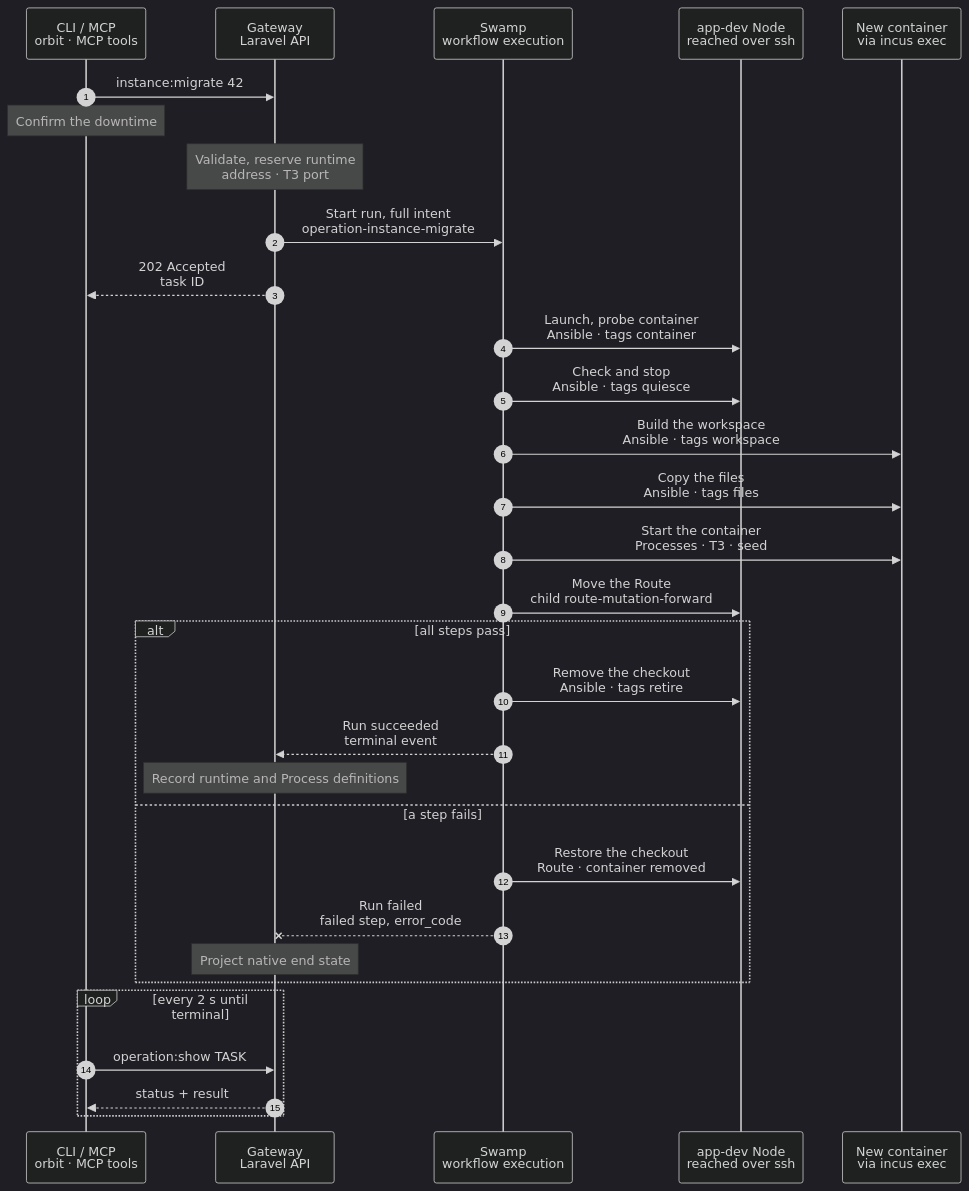
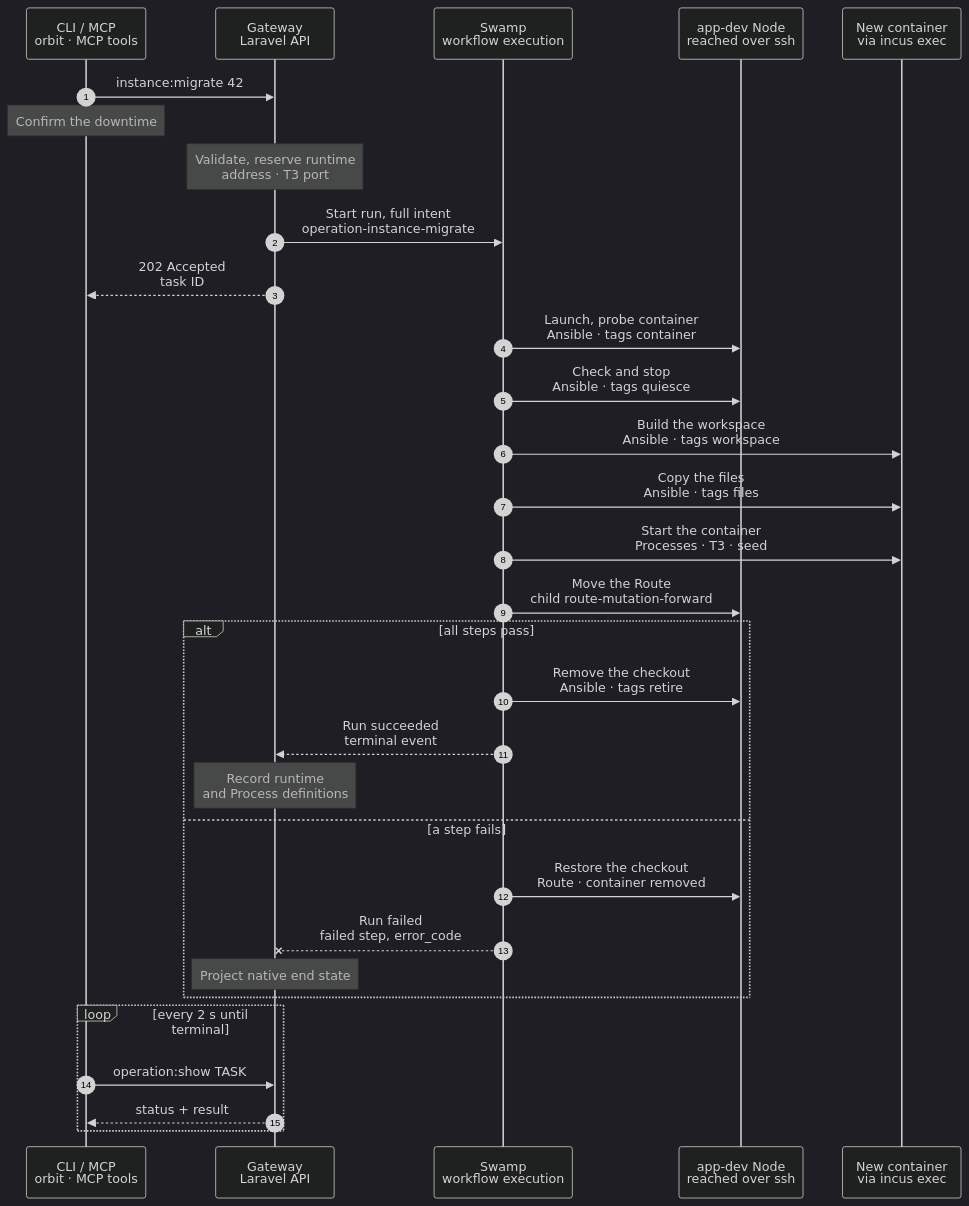
The diagram in docs/cli/instance/migrate.mmd (hardimpactdev/orbit), drawn with Mermaid (dark theme) before and after one commit. The commit also changed 14 other files, not shown here.

Commit message:
feat: capture migrated development Process definitions

```diff
--- a/docs/cli/instance/migrate.mmd
+++ b/docs/cli/instance/migrate.mmd
@@ -1,125 +1,125 @@
 sequenceDiagram
   %% Container runtime (ADR 0250 step 8, docs/reference/development-containers.md#migrate-a-checkout-instance): one checkout Instance moves into a container, with its code. Its database stays where it is, and the container gets its own way to it. A default Instance moves before the other Instances of its Project, and keeps its checkout until its last worktree has moved. The command exists only until the last checkout Instance has moved (docs/reference/old-paths.md). The container steps are the phases of docs/cli/instance/container/create-default.mmd and create.mmd.
   %% status: draft
   %% command: instance:migrate
   %% kind: instance.migrate
   autonumber
   %% lane CLI icon=terminal pill=caller tone=gray
   %% lane GW icon=gateway pill=intent tone=blue
   %% lane SW icon=workflow pill=executes tone=green
   %% lane N icon=server pill=target tone=amber
   %% lane C icon=server pill=target tone=purple
   participant CLI as CLI / MCP<br/>orbit · MCP tools
   participant GW as Gateway<br/>Laravel API
   participant SW as Swamp<br/>workflow execution
   participant N as app-dev Node<br/>reached over ssh
   participant C as New container<br/>via incus exec
   CLI->>GW: instance:migrate 42
   %%> Command:
   %%> - `orbit instance:migrate INSTANCE`
   %%> - syntax: `<instance> [--force] [--idempotency-key=KEY] [--json]`
   Note over CLI: Confirm the downtime
   %%> What it asks:
   %%> - the Instance goes down during the move, and its old checkout moves to retention after it; `--force` answers yes
   Note over GW: Validate, reserve runtime<br/>address · T3 port
   %%> If it never starts:
   %%> - cancellation or admission expiry frees the new reservation and releases deferred Schedule fires under the Instance lock; an uncertain start keeps its reservation
   %%> Requirements:
   %%> - the Instance is an active checkout Instance on an `app-dev` Node of the build list, else `instance.migrate_unsupported`
   %%> - a non-default Instance needs its Project's default Instance in a container first, else `instance.default_not_migrated`
   %%> - the Instance has only ordinary systemd or supported `vp-dev` Processes, no unfinished deployment or Process operation/runtime cleanup and no Route beside its own; a non-default Instance needs Conn and the model router, as a clone does
   %%> - `vp-dev` keeps its identity, assigned port and desired state; unsupported preset versions, custom commands, external paths and recorded container port conflicts refuse before downtime, naming the Process and reason
   %%> - a web-serving Project names its PHP version; a missing version refuses with `project.source_defaults_incomplete`, naming `orbit project:update PROJECT --source-access=github_app` to record it from source
   %%> - a database on a Database server has an IPv4 address and a port, else `instance.database_clone_unsupported`
   %%> Result:
   %%> - the runtime reservation records its owning Operation; late receipts cannot change a newer owner
   %%> - the whole-run budget is 5,100 seconds; a lower-bound test includes declared child, restoration and cleanup timeouts
   %%> - maps only known host command locations, preserving opaque env/shell strings, and records each Process/from/to translation in the terminal receipt
   %%> - the runtime record is reserved: the next bridge address and, for a non-default Instance, the lowest free T3 port
   %%> - the checkout stays the Instance's runtime until the Route has moved; the Route's Node is held for the run
   %%> - the Instance takes no deployment and no wake while the run lasts
   %%> - a non-default Instance's placeholder model key goes to the vault
   GW->>SW: Start run, full intent<br/>operation-instance-migrate
   GW-->>CLI: 202 Accepted<br/>task ID
   SW->>N: Launch, probe container<br/>Ansible · tags container
   %%> What it does:
   %%> - before any Node change, checks the recorded branch and every planned retirement; a refusal leaves prior resources untouched
   %%> - checks checkout symlinks and dependency package links before creating the container, skipping `.git` and installed package contents; broken links or targets outside the checkout refuse with `instance.migrate_symlink_unsupported`, naming every path and target
   %%> - retirement preflight refuses unpushed local branches or detached HEAD and stashes, with their existing named errors; it reads local refs only
   %%> - checks service hosts in the checkout and nested app `.env` files before any probe or Node change; direct services require an exact endpoint from the shared container access plan; unsupported endpoints refuse with `instance.migrate_env_service_unreachable`, naming the file, key and host:port without credentials; unreadable syntax names only the file and line, and traversal/read failures name only the path
   %%> - deletes a container that an earlier failed move left, then creates and starts the new container through the shared container phase; discard leaves shared bridge endpoint rules for host reconciliation
   %%> - each attached target gets an exact TCP allow in both the bridge and NIC ACLs; both keep default reject. Endpoint adds reread on ETag conflict, at most five attempts with a one-second delay
   %%> - probes every attached target from inside the container before downtime, else `instance.database_unreachable`
   %%> - checks mapped Process executables inside the container, then repeats before quiesce; unavailable paths report `instance.migrate_process_binary_unavailable` naming every Process and path, leaving the checkout serving
   %%> - fetches the branch from the checkout into the Node's mirror, including commits never pushed
   SW->>N: Check and stop<br/>Ansible · tags quiesce
   %%> What it does:
   %%> - repeats the branch and retirement checks
   %%> - checks every registered Node-timer Schedule and captures timer activation before stopping any writer; unsupported Schedules refuse with their name and reason
   %%> - repeats source symlink and environment checks before stopping any writer
   %%> - stops and disables host Schedule timers and Process units, then removes the awake marker
   %%> - records that quiesce began, so a failure before it never restarts host units or rewrites the awake marker
   SW->>C: Build the workspace<br/>Ansible · tags workspace
   %%> What it does:
   %%> - pushes the branch in as a bundle and checks it out in a standalone repository in `/srv/workspace`
   %%> - a non-default checkout is a linked worktree, so its `.git` is never copied
   SW->>C: Copy the files<br/>Ansible · tags files
   %%> What it does:
   %%> - copies every file that differs from the commit, every untracked file and every ignored file, `.env` among them
   %%> - removes the tracked files that the checkout deleted, and rewrites the checkout's path in `.env` to `/srv/workspace`
   %%> - checks the exact copied tree inside the container, maps old-checkout targets into the workspace and rewrites absolute internal links there; broken or external links fail with the same code before any Process starts, relative links keep their targets, and source links never change
   %%> - a non-default Instance gets the proxy device that publishes its T3 port
   SW->>C: Start the container<br/>Processes · T3 · seed
   %%> - container units use `network.target` and nonblocking starts; reads all moved desired-running Processes active with no pending job, waits 5 seconds once for the whole set, then requires each still active with the same positive MainPID and NRestarts; failure names the Process with `instance.migrate_processes_failed` and restores before cutover
   %%> What it does:
   %%> - starts FrankenPHP and the Instance's existing Processes as `orbit`, with the same ids and desired states; their environment files come through the vault
   %%> - writes the shared FrankenPHP Caddyfile and unit; only the Node's bridge peer with `X-Forwarded-Proto: https` sets PHP's HTTPS scheme, port and resolved client IP; other requests keep native values
   %%> - `vp-dev` uses the runtime folder’s `current/bin/vp`, workspace paths and its assigned port on `0.0.0.0`; only the Node can reach that port, and Caddy sends `/__orbit/vite` there
   %%> - a non-default Instance gets `/etc/orbit/instance`, the agent settings and its T3 server, registered as in create
   %%> - a default Instance gets its first `seed-<commit>` snapshot
   SW->>N: Move the Route<br/>child route-mutation-forward
   %%> What it does:
   %%> - points the Instance's Route at FrankenPHP in the container, and withdraws the checkout's PHP-FPM pool
   alt all steps pass
     SW->>N: Remove the checkout<br/>Ansible · tags retire
     %%> What it does:
     %%> - a due timer fire waits as a recorded Schedule Operation until migration terminal projection reopens admission; its context is rebuilt for the final runtime, on success or rollback
     %%> - every terminal transition settles deferred fires under the Instance lock; closed runtime admission explicitly fails them, including bound start failure and expiry; Schedule settlement preserves the migration result and late native recovery cannot replay a settled fire
     %%> - replaces only the moved Schedules’ checkout-dependent services with host triggers for container execution, keeps their UUID timers and calendars, and resumes each recorded desired state
     %%> - removes the old host Process units and their environment folders
     %%> - repeats the same retirement preflight as an early warning; a new blocker leaves the container serving and the checkout intact
     %%> - atomically moves each old checkout under `<checkout>.orbit-retired-git/<sha256 of original path>`; the retained root is beside the migrating Instance's checkout
     %%> - keeps the whole tree, including Git objects, refs, reflogs, `.git/modules` and nested repositories; a late worktree cannot lose its Git metadata to retirement
     %%> - records `retained_git_path` and `retained_git_at` on the Instance; `instance:show` and the Instance API expose them
     %%> - writes the awake marker; a default's checkout stays until its last worktree has moved; retirement never deletes or prunes Git metadata
     %%> If it fails:
     %%> - the container stays the Instance; the run fails with `instance.migrate_retire_failed`, and the source or retained checkout stays on the Node
     SW-->>GW: Run succeeded<br/>terminal event
-    Note over GW: Record runtime and Process definitions
+    Note over GW: Record runtime<br/>and Process definitions
     %%> Result:
     %%> - the Instance's workspace is the container's; the runtime runs, a default's row holds its seed commit
-    %%> - the same transaction captures each direct moved Process as a Project development definition and links its existing row; commands use runtime names, and a same-name incompatible definition refuses instead of overwriting
+    %%> - the same transaction captures each direct moved Process as a Project development definition and links its existing row; known commands use runtime names, opaque guest argv stays exact, and a changed same-name incompatible definition refuses instead of overwriting
     %%> - proven cutover captures definitions even if retirement failed; preflight failures and restored checkout outcomes capture nothing
     %%> - a SQLite file moved with the files, so its connection record goes; stored `.env` values follow the new path
     %%> - the Conn layer records a non-default Instance's T3 server from the result
   else a step fails
     SW->>N: Restore the checkout<br/>Route · container removed
     %%> What it does:
     %%> - puts the Route back on the checkout when the run had moved it
     %%> - deletes the new container, its ACL, its firewall rules and its mirror
     %%> - restores host Process units and the awake marker only when quiesce began; an unreachable target causes zero downtime
     %%> - restores host Schedule timers to their captured activation states; their unit files stay unchanged before cutover
     %%> - the checkout and database remain in place
     SW--xGW: Run failed<br/>failed step, error_code
     Note over GW: Project native end state
     %%> - showing the Operation or admitting the next migrate settles native moved/restored/ready after expiry; a restored runtime reservation is removed only while this Operation owns it
     %%> - an independent phase failure keeps its code; deadline abort stays failed/`operation.timed_out`, user abort stays cancelled
     %%> - a native finish supplies step statuses and times, even when no events streamed
     %%> Retry:
     %%> - run the same command again; it starts with a new container
     %%> - a restore that failed keeps the reserved record and its address, and names the failed step
   end
   loop every 2 s until terminal
     CLI->>GW: operation:show TASK
     GW-->>CLI: status + result
   end
```
